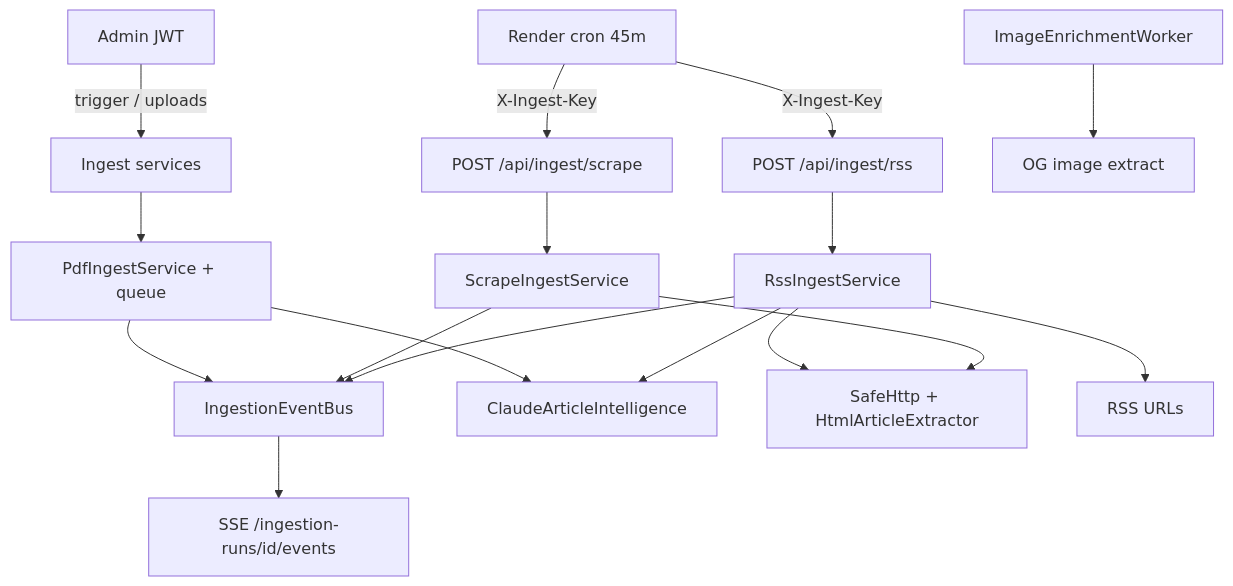
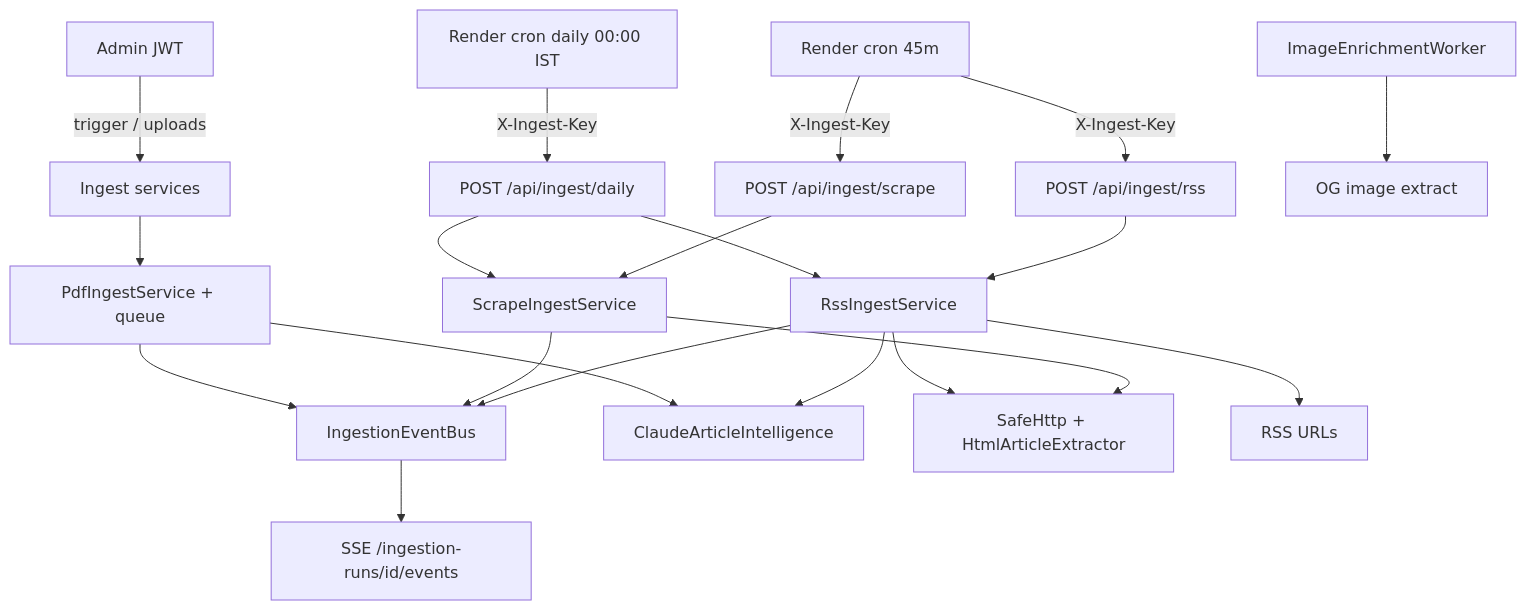
Before and after one commit to sshivanshg/TAZAkhabar: the first of 2 diagrams in docs/architecture/04-ingestion.md, drawn with Mermaid. The commit also changed other lines of this file and 7 other files, not shown here.

Commit message:
feat: add daily no-ai ingest cron

````diff
--- a/docs/architecture/04-ingestion.md
+++ b/docs/architecture/04-ingestion.md
@@ -17,19 +17,22 @@
 ```mermaid
 flowchart TB
   Cron[Render cron 45m] -->|X-Ingest-Key| RssEP[POST /api/ingest/rss]
   Cron -->|X-Ingest-Key| ScrapeEP[POST /api/ingest/scrape]
+  DailyCron[Render cron daily 00:00 IST] -->|X-Ingest-Key| DailyEP[POST /api/ingest/daily]
   Admin[Admin JWT] -->|trigger / uploads| API[Ingest services]
   RssEP --> RssSvc[RssIngestService]
   ScrapeEP --> ScrapeSvc[ScrapeIngestService]
+  DailyEP --> RssSvc
+  DailyEP --> ScrapeSvc
   API --> PdfSvc[PdfIngestService + queue]
   RssSvc --> Bus[IngestionEventBus]
   ScrapeSvc --> Bus
   PdfSvc --> Bus
   Bus --> SSE[SSE /ingestion-runs/id/events]
   RssSvc --> Claude[ClaudeArticleIntelligence]
   PdfSvc --> Claude
   ScrapeSvc --> HTML[SafeHttp + HtmlArticleExtractor]
   RssSvc --> HTML
   RssSvc --> Feeds[RSS URLs]
   ImgQ[ImageEnrichmentWorker] --> OG[OG image extract]
 ```
````
